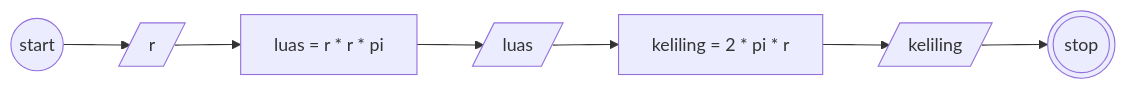
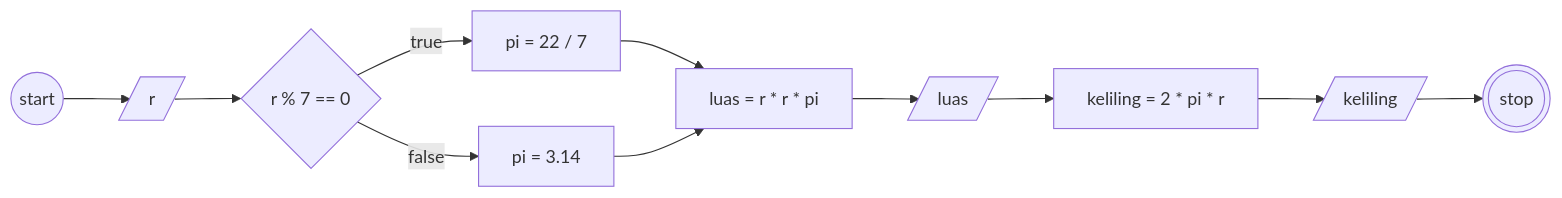
One commit to ecenn/koda-b10-javascript1 changed the diagram in README.md. Above: the diagram before and after it, drawn with Mermaid. The commit also changed other lines of this file and 1 other file, not shown here.

````diff
--- a/README.md
+++ b/README.md
@@ -3,20 +3,25 @@
 ```mermaid
 
 flowchart LR
 
 a((start))
 b[/r/]
-c[luas = r * r * pi]
-d[/luas/]
-e[keliling = 2 * pi * r]
-f[/keliling/]
-z(((stop)))
+c{r % 7 == 0}
+d[pi = 22 / 7] 
+e[pi = 3.14]
+f[luas = r * r * pi]
+g[/luas/]
+h[keliling = 2 * pi * r]
+i[/keliling/]
+j(((stop)))
 
 a --> b
 b --> c
-c --> d
-d --> e
-e --> f
-f --> z
+c --true--> d --> f
+c --false--> e --> f
+f --> g
+g --> h
+h --> i
+i --> j
 
 ```
````
